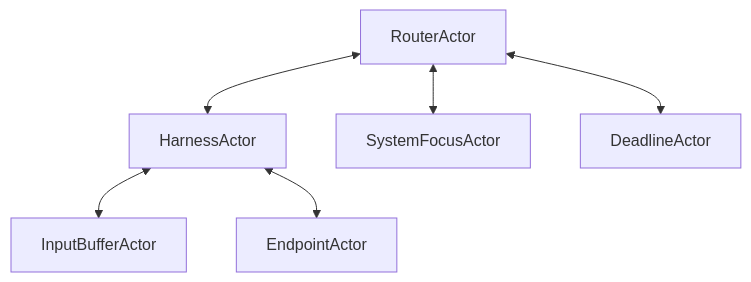
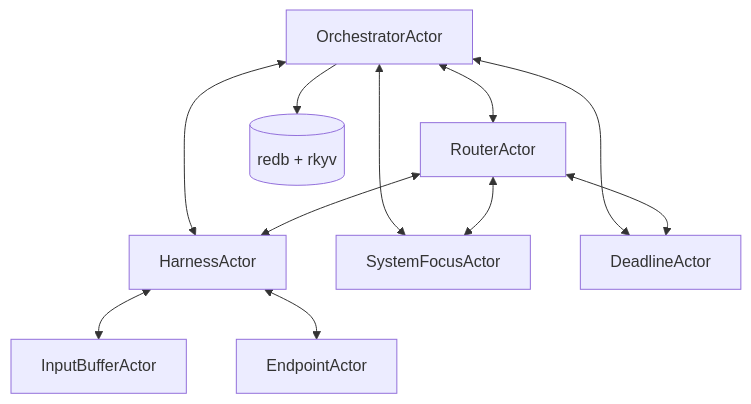
Before and after one commit to LiGoldragon/primary: diagram 13 of 16 in reports/operator/9-persona-message-router-architecture.md, drawn with Mermaid. The commit also changed other lines of this file, not shown here.

Commit message:
revise Persona database ownership architecture

````diff
--- a/reports/operator/9-persona-message-router-architecture.md
+++ b/reports/operator/9-persona-message-router-architecture.md
@@ -372,15 +418,22 @@
 ```mermaid
 flowchart TB
-    router[RouterActor]
-    harness[HarnessActor]
-    focus[SystemFocusActor]
-    input[InputBufferActor]
-    deadline[DeadlineActor]
-    endpoint[EndpointActor]
+    orchestrate["OrchestratorActor"]
+    router["RouterActor"]
+    harness["HarnessActor"]
+    focus["SystemFocusActor"]
+    input["InputBufferActor"]
+    deadline["DeadlineActor"]
+    endpoint["EndpointActor"]
+    db[("redb + rkyv")]
 
+    orchestrate <--> router
+    orchestrate <--> harness
+    orchestrate <--> focus
+    orchestrate <--> deadline
+    orchestrate --> db
     router <--> harness
     router <--> focus
     router <--> deadline
     harness <--> input
     harness <--> endpoint
 ```
````
